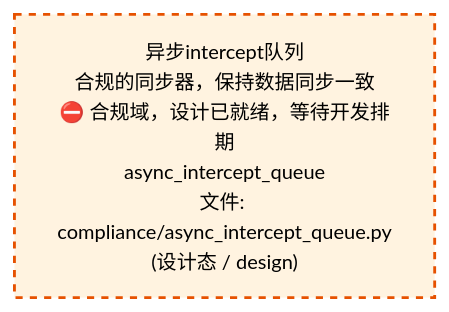
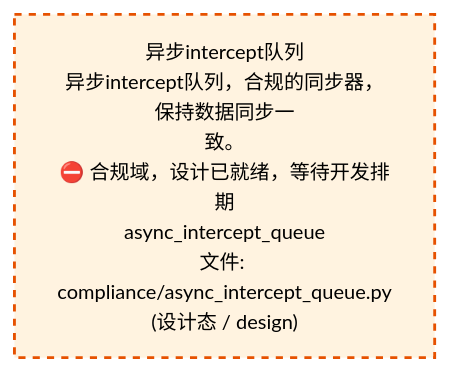
One commit to xuanFelixVan/ZephyrAlpha changed the third of 4 diagrams in docs/02_enterprise_architecture/02_domain_architecture_docs/38_d_compliance.md. Above: the diagram before and after it, drawn with Mermaid. The commit also changed other lines of this file and 58 other files, not shown here.

````diff
--- a/docs/02_enterprise_architecture/02_domain_architecture_docs/38_d_compliance.md
+++ b/docs/02_enterprise_architecture/02_domain_architecture_docs/38_d_compliance.md
@@ -109,10 +109,10 @@
 ```mermaid
 %%{init: {'theme': 'base', 'themeVariables': {'primaryColor': '#eaeaea', 'primaryTextColor': '#333333', 'primaryBorderColor': '#666666', 'lineColor': '#666666', 'secondaryColor': '#eaeaea', 'tertiaryColor': '#eaeaea', 'fontSize': '14px'}}}%%
 flowchart TD
-    src_zephyr_compliance_async_intercept_queue_py["异步intercept队列<br/>合规的同步器，保持数据同步一致<br/>⛔ 合规域，设计已就绪，等待开发排期<br/>async_intercept_queue<br/>文件: compliance/async_intercept_queue.py<br/>(设计态 / design)"]
+    src_zephyr_compliance_async_intercept_queue_py["异步intercept队列<br/>异步intercept队列，合规的同步器，保持数据同步一<br/>致。<br/>⛔ 合规域，设计已就绪，等待开发排期<br/>async_intercept_queue<br/>文件: compliance/async_intercept_queue.py<br/>(设计态 / design)"]
     classDef production fill:#e1f5fe,stroke:#01579b,stroke-width:2px,color:#000
     classDef design fill:#fff3e0,stroke:#e65100,stroke-width:2px,color:#000,stroke-dasharray: 5 5
     classDef external_prod fill:#e8f4fd,stroke:#0277bd,stroke-width:1px,color:#000
     classDef external_design fill:#fff8e7,stroke:#ef6c00,stroke-width:1px,color:#000,stroke-dasharray: 5 5
     class src_zephyr_compliance_async_intercept_queue_py design
 ```
````
